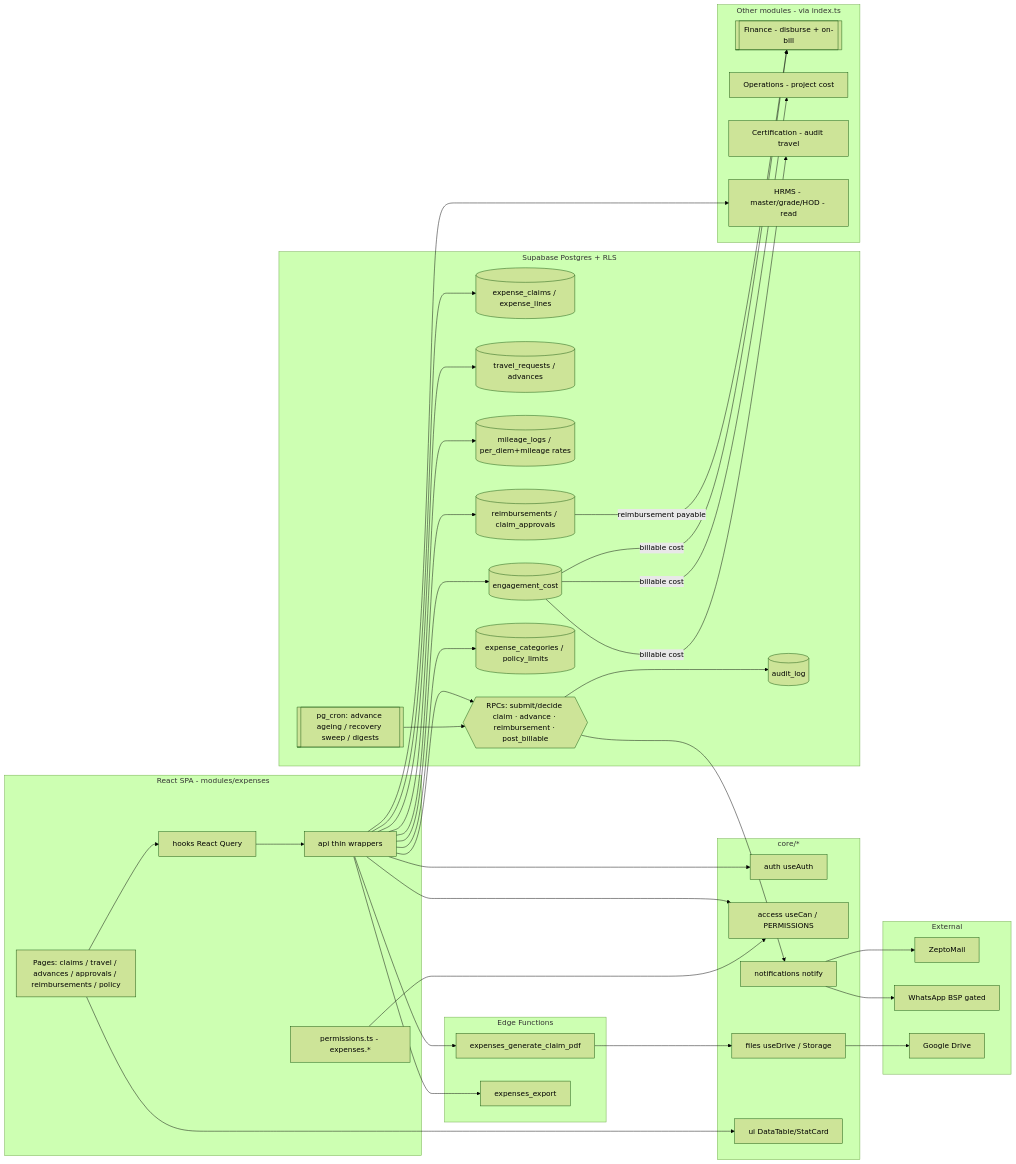
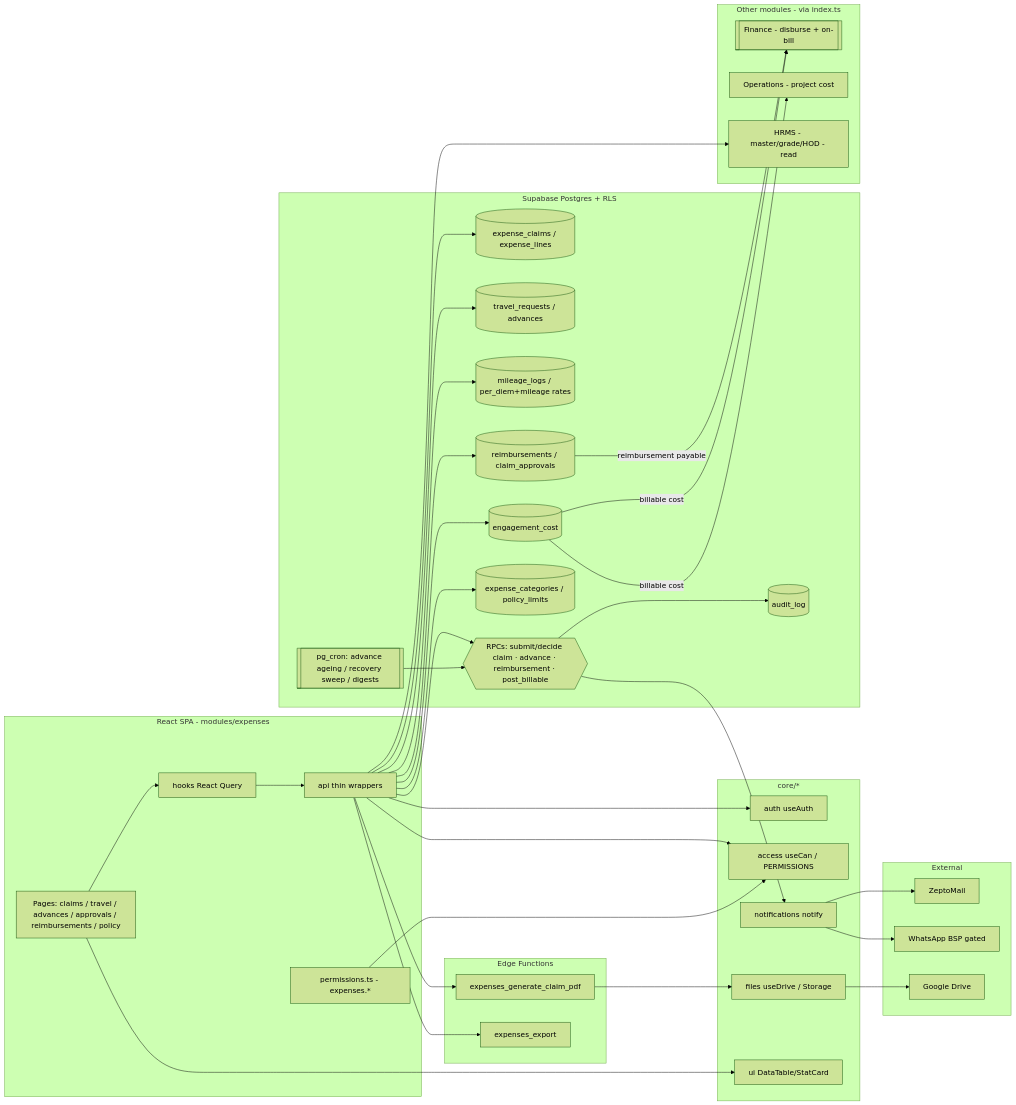
The fourth of 4 diagrams in docs/architecture/modules/expenses.md (taruntps/tps-oms), drawn with Mermaid (forest theme) before and after one commit. The commit also changed other lines of this file and 21 other files, not shown here.

````diff
--- a/docs/architecture/modules/expenses.md
+++ b/docs/architecture/modules/expenses.md
@@ -535,64 +532,63 @@
 ```mermaid
 flowchart LR
   subgraph Client[React SPA - modules/expenses]
     UI[Pages: claims / travel / advances / approvals / reimbursements / policy]
     HK[hooks React Query]
     API[api thin wrappers]
     PERM[permissions.ts - expenses.*]
     UI --> HK --> API
   end
 
   subgraph Core[core/*]
     AUTH[auth useAuth]
     ACC[access useCan / PERMISSIONS]
     NOTF[notifications notify]
     FILES[files useDrive / Storage]
     UIK[ui DataTable/StatCard]
   end
 
   subgraph DB[Supabase Postgres + RLS]
     T1[(expense_claims / expense_lines)]
     T2[(travel_requests / advances)]
     T3[(mileage_logs / per_diem+mileage rates)]
     T4[(reimbursements / claim_approvals)]
     T5[(engagement_cost)]
     T6[(expense_categories / policy_limits)]
     RPC{{RPCs: submit/decide claim · advance · reimbursement · post_billable}}
     CRON[[pg_cron: advance ageing / recovery sweep / digests]]
     AUD[(audit_log)]
   end
 
   subgraph Edge[Edge Functions]
     EF1[expenses_generate_claim_pdf]
     EF2[expenses_export]
   end
 
   subgraph Others[Other modules - via index.ts]
     FIN[[Finance - disburse + on-bill]]
     OPS[Operations - project cost]
-    CERT[Certification - audit travel]
     HR[HRMS - master/grade/HOD - read]
   end
 
   subgraph Ext[External]
     ZM[ZeptoMail]
     WA[WhatsApp BSP gated]
     GD[Google Drive]
   end
 
   API --> AUTH
   API --> ACC
   PERM --> ACC
   API --> RPC
   API --> T1 & T2 & T3 & T4 & T5 & T6
   RPC --> AUD
   RPC --> NOTF
   CRON --> RPC
   API --> EF1 & EF2
   EF1 --> FILES --> GD
   NOTF --> ZM & WA
   T4 -->|reimbursement payable| FIN
-  T5 -->|billable cost| FIN & OPS & CERT
+  T5 -->|billable cost| FIN & OPS
   API --> HR
   UI --> UIK
 ```
````
